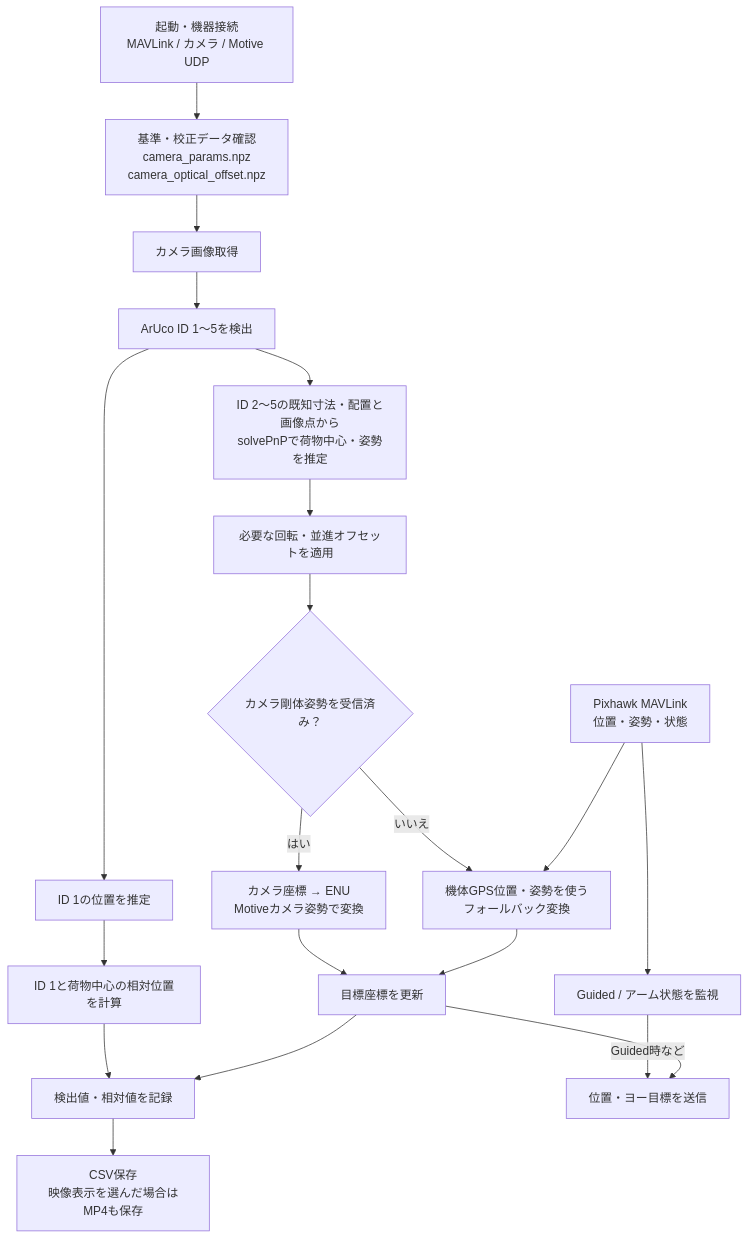
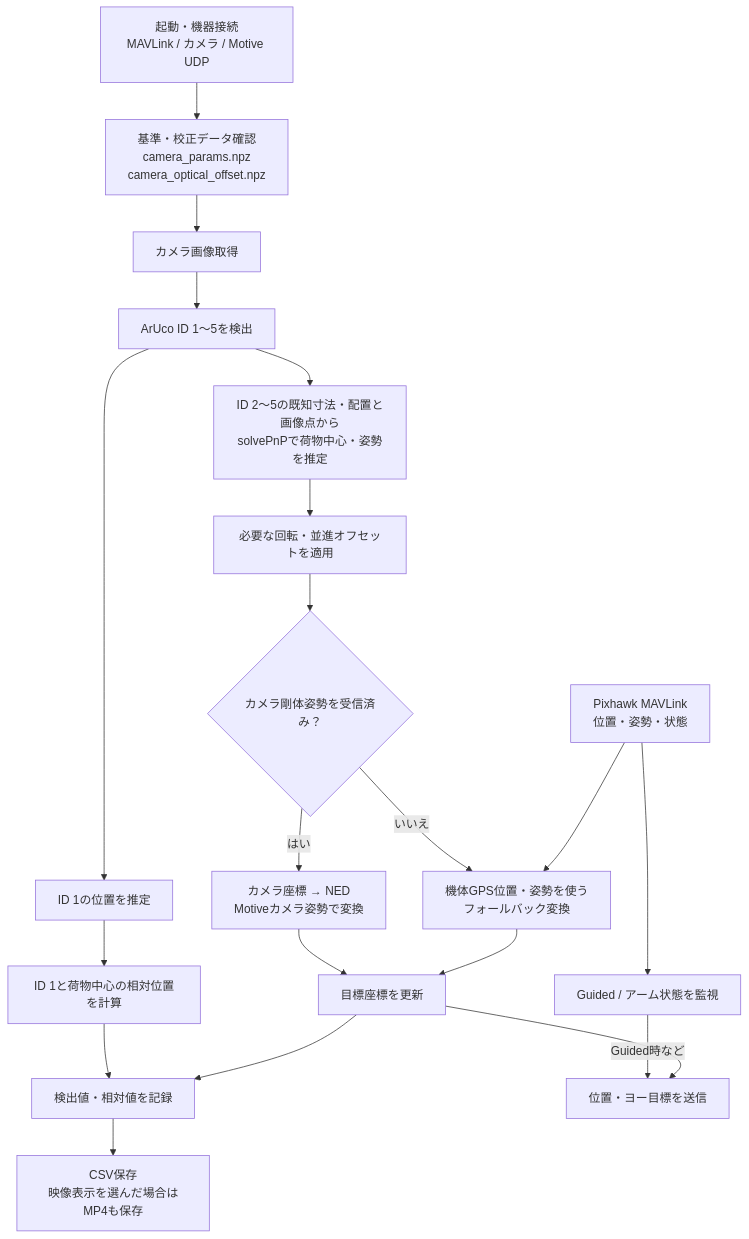
Before and after one commit to UmemotoLab/Mavlink_raspi: the third of 3 diagrams in AR-hook/ARhook_システム構成.md, drawn with Mermaid. The commit also changed other lines of this file and 5 other files, not shown here.

Commit message:
Fix coordinate system references from ENU to NED across documentation and code. Update transformation equations, logging formats, and verification scripts to reflect the change in coordinate frames. Ensure consistency in axis definitions and descriptions for clarity in AR and Motive integration.

````diff
--- a/AR-hook/ARhook_システム構成.md
+++ b/AR-hook/ARhook_システム構成.md
@@ -90,22 +90,22 @@
 ```mermaid
 flowchart TD
     A["起動・機器接続<br/>MAVLink / カメラ / Motive UDP"] --> B["基準・校正データ確認<br/>camera_params.npz<br/>camera_optical_offset.npz"]
     B --> C["カメラ画像取得"]
     C --> D["ArUco ID 1〜5を検出"]
     D --> E["ID 2〜5の既知寸法・配置と画像点から<br/>solvePnPで荷物中心・姿勢を推定"]
     D --> F["ID 1の位置を推定"]
     E --> G["必要な回転・並進オフセットを適用"]
     F --> H["ID 1と荷物中心の相対位置を計算"]
     G --> I{"カメラ剛体姿勢を受信済み？"}
-    I -->|"はい"| J["カメラ座標 → ENU<br/>Motiveカメラ姿勢で変換"]
+    I -->|"はい"| J["カメラ座標 → NED<br/>Motiveカメラ姿勢で変換"]
     I -->|"いいえ"| K["機体GPS位置・姿勢を使う<br/>フォールバック変換"]
     J --> L["目標座標を更新"]
     K --> L
     H --> M["検出値・相対値を記録"]
     L --> M
     N["Pixhawk MAVLink<br/>位置・姿勢・状態"] --> K
     N --> O["Guided / アーム状態を監視"]
     O -->|"Guided時など"| P["位置・ヨー目標を送信"]
     L --> P
     M --> Q["CSV保存<br/>映像表示を選んだ場合はMP4も保存"]
 ```
````
